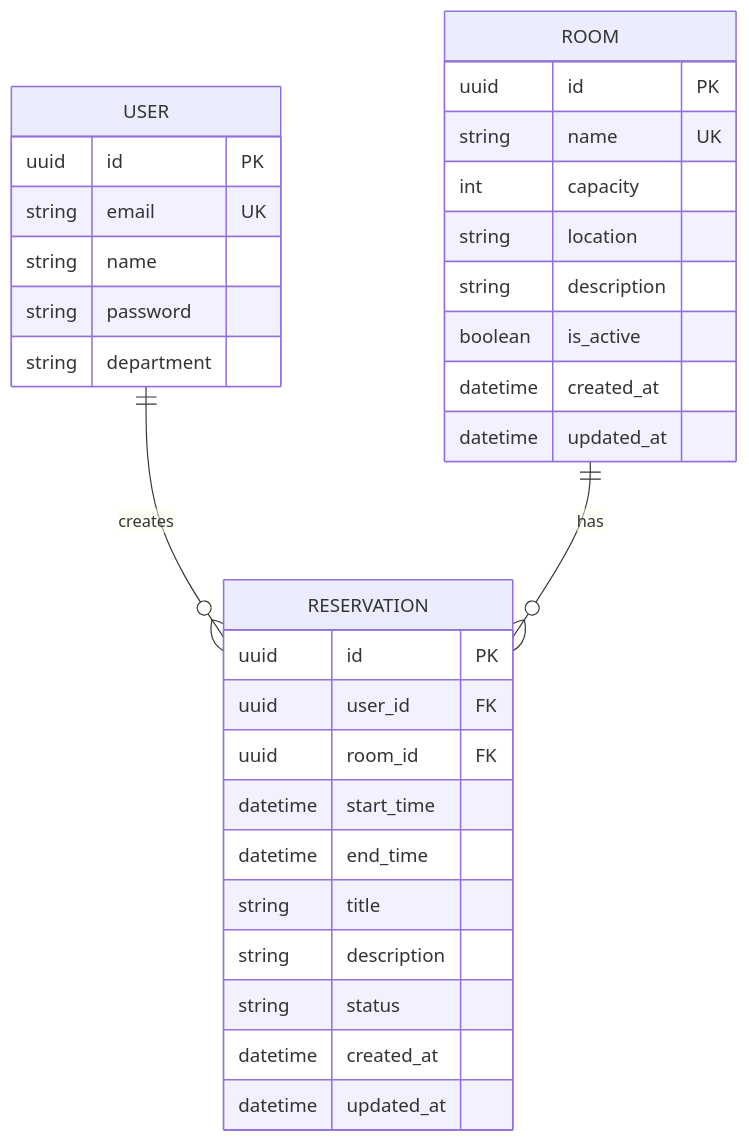
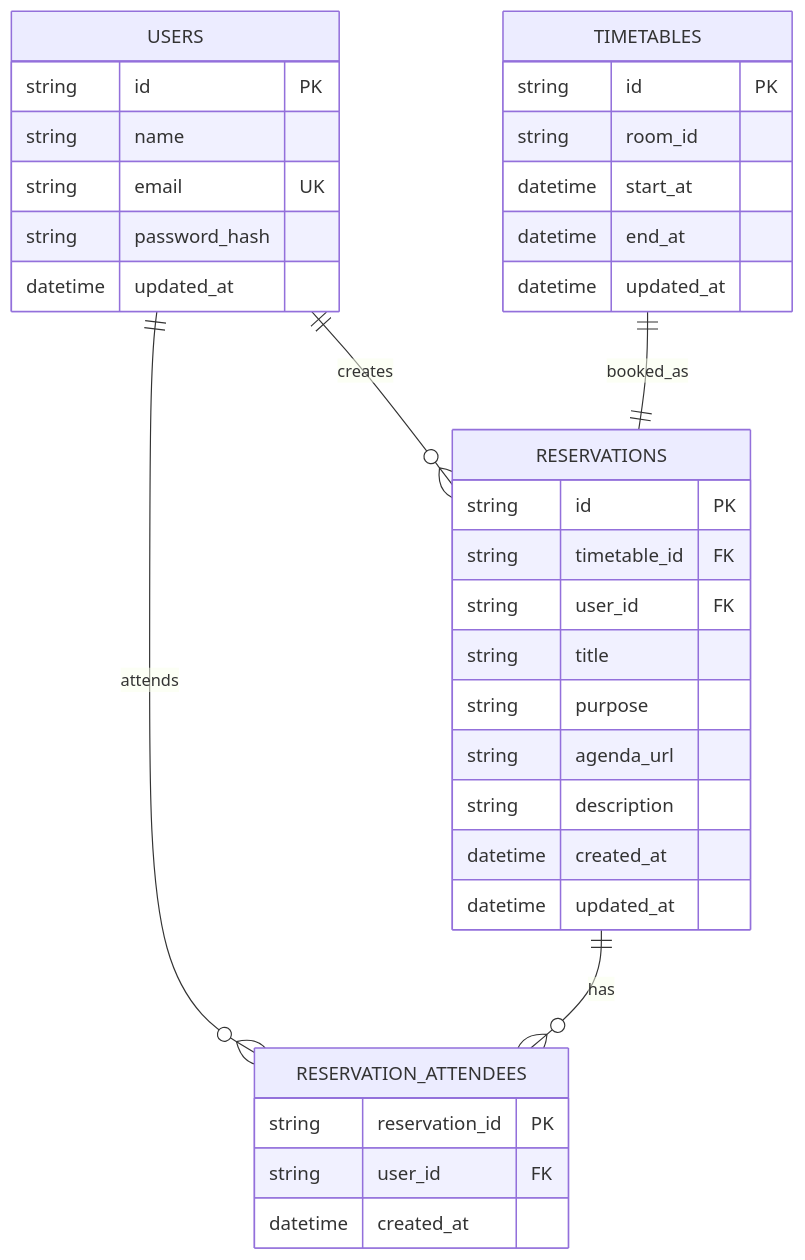
The diagram in docs/database/erd.md (yuunicode/roombook), drawn with Mermaid before and after one commit. The commit also changed other lines of this file and 2 other files, not shown here.

Commit message:
chore: docs updated

````diff
--- a/docs/database/erd.md
+++ b/docs/database/erd.md
@@ -5,37 +8,41 @@
 ```mermaid
 erDiagram
-    USER ||--o{ RESERVATION : creates
-    ROOM ||--o{ RESERVATION : has
+    USERS ||--o{ RESERVATIONS : creates
+    USERS ||--o{ RESERVATION_ATTENDEES : attends
+    TIMETABLES ||--|| RESERVATIONS : booked_as
+    RESERVATIONS ||--o{ RESERVATION_ATTENDEES : has
 
-    USER {
-        uuid id PK
+    USERS {
+        string id PK
+        string name
         string email UK
-        string name
-        string password
-        string department
+        string password_hash
+        datetime updated_at
     }
 
-    ROOM {
-        uuid id PK
-        string name UK
-        int capacity
-        string location
+    TIMETABLES {
+        string id PK
+        string room_id
+        datetime start_at
+        datetime end_at
+        datetime updated_at
+    }
+
+    RESERVATIONS {
+        string id PK
+        string timetable_id FK
+        string user_id FK
+        string title
+        string purpose
+        string agenda_url
         string description
-        boolean is_active
         datetime created_at
         datetime updated_at
     }
 
-    RESERVATION {
-        uuid id PK
-        uuid user_id FK
-        uuid room_id FK
-        datetime start_time
-        datetime end_time
-        string title
-        string description
-        string status
+    RESERVATION_ATTENDEES {
+        string reservation_id PK
+        string user_id FK
         datetime created_at
-        datetime updated_at
     }
 ```
````
